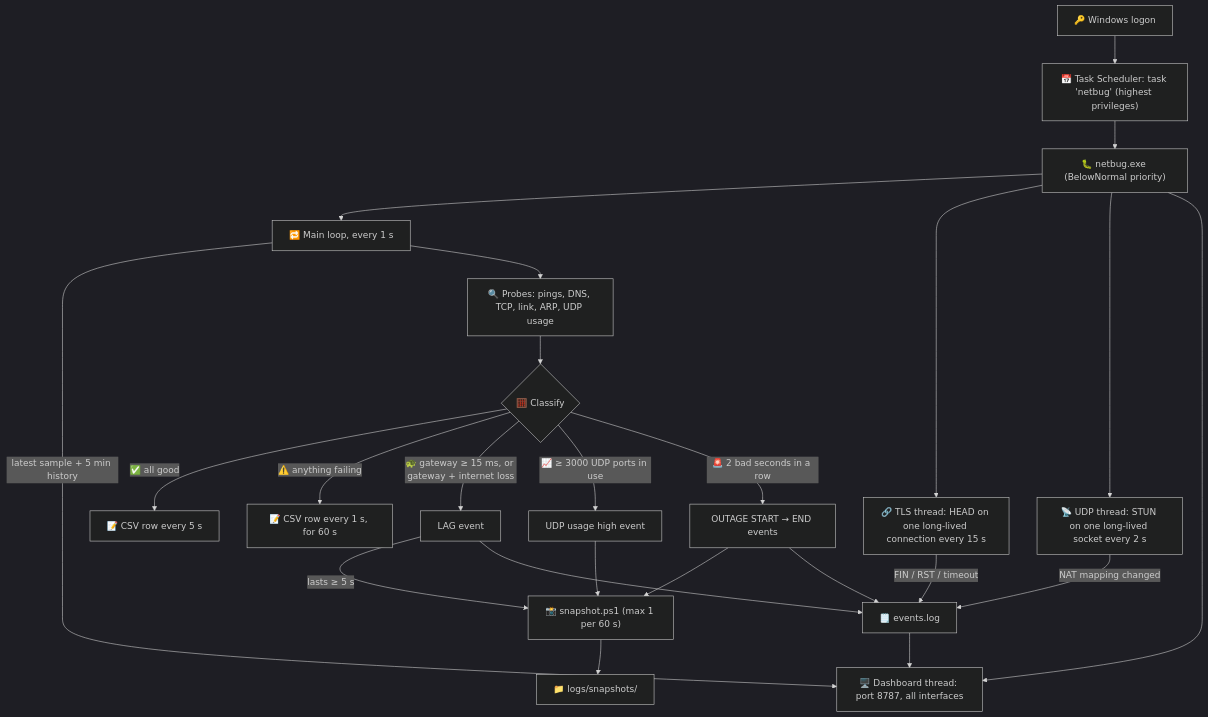
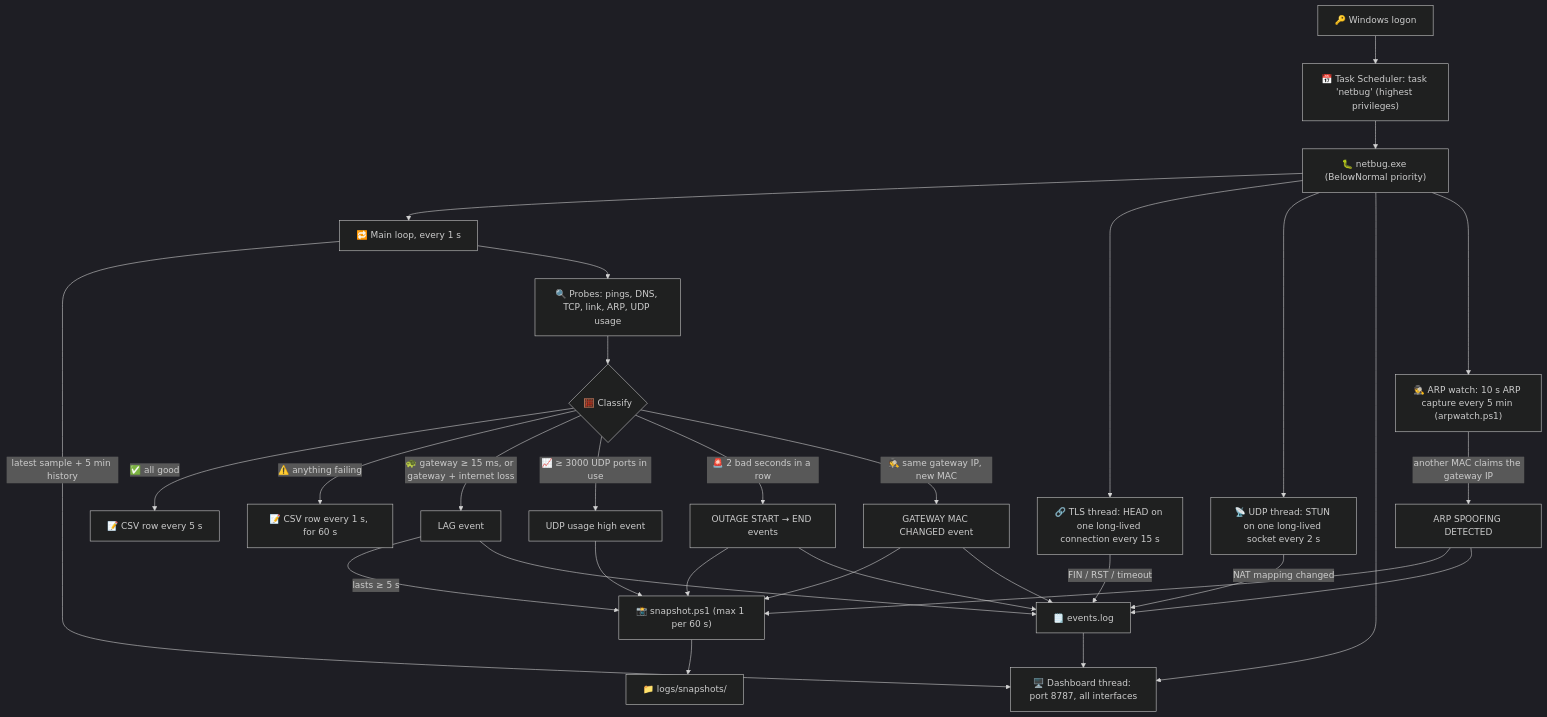
The diagram in README.md (tariqaq/netbug), drawn with Mermaid (dark theme) before and after one commit. The commit also changed other lines of this file and 9 other files, not shown here.

Commit message:
ARP spoofing: incident + RCC reports, gateway MAC alert, pin status, arpwatch, louder dashboard alerts

````diff
--- a/README.md
+++ b/README.md
@@ -24,31 +26,38 @@
 ```mermaid
 flowchart TD
     A["🔑 Windows logon"] --> B["📅 Task Scheduler: task 'netbug' (highest privileges)"]
     B --> C["🐛 netbug.exe (BelowNormal priority)"]
 
     C --> M["🔁 Main loop, every 1 s"]
     C --> T["🔗 TLS thread: HEAD on one long-lived connection every 15 s"]
     C --> U["📡 UDP thread: STUN on one long-lived socket every 2 s"]
     C --> W["🖥️ Dashboard thread: port 8787, all interfaces"]
+    C --> AW["🕵️ ARP watch: 10 s ARP capture every 5 min (arpwatch.ps1)"]
+    AW -->|"another MAC claims the gateway IP"| SP["ARP SPOOFING DETECTED"]
+    SP --> S
+    SP --> E
     E --> W
     M -->|"latest sample + 5 min history"| W
 
     M --> P["🔍 Probes: pings, DNS, TCP, link, ARP, UDP usage"]
     P --> K{"🧮 Classify"}
 
     K -->|"✅ all good"| R1["📝 CSV row every 5 s"]
     K -->|"⚠️ anything failing"| R2["📝 CSV row every 1 s, for 60 s"]
     K -->|"🐢 gateway ≥ 15 ms, or gateway + internet loss"| L["LAG event"]
     K -->|"📈 ≥ 3000 UDP ports in use"| H["UDP usage high event"]
     H --> S
     K -->|"🚨 2 bad seconds in a row"| O["OUTAGE START → END events"]
+    K -->|"🕵️ same gateway IP, new MAC"| G["GATEWAY MAC CHANGED event"]
+    G --> S
+    G --> E
 
     L -->|"lasts ≥ 5 s"| S["📸 snapshot.ps1 (max 1 per 60 s)"]
     O --> S
 
     T -->|"FIN / RST / timeout"| E["🗒️ events.log"]
     U -->|"NAT mapping changed"| E
     L --> E
     O --> E
     S --> D["📁 logs/snapshots/"]
 ```
````
